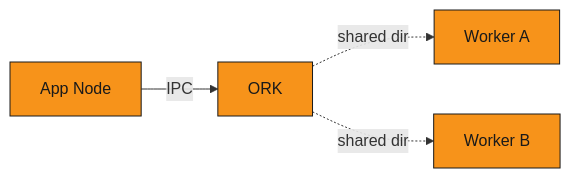
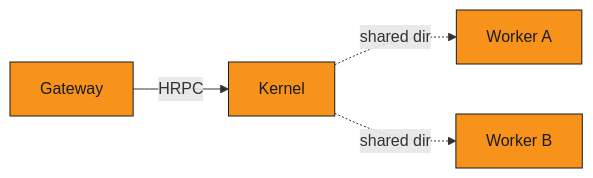
One commit to tetherto/mdk changed the second of 3 diagrams in docs/concepts/deployment-topologies.md. Above: the diagram before and after it, drawn with Mermaid. The commit also changed other lines of this file and 4406 other files, not shown here.

````diff
--- a/docs/concepts/deployment-topologies.md
+++ b/docs/concepts/deployment-topologies.md
@@ -47,7 +47,7 @@
 ```mermaid
 flowchart LR
   classDef mdk fill:#F7931A,stroke:#1A1A1A,color:#1A1A1A
-  lApp["App Node"]:::mdk -->|"IPC"| lOrk["ORK"]:::mdk
-  lOrk -.->|"shared dir"| lW1["Worker A"]:::mdk
-  lOrk -.->|"shared dir"| lW2["Worker B"]:::mdk
+  lApp["Gateway"]:::mdk -->|"HRPC"| lKernel["Kernel"]:::mdk
+  lKernel -.->|"shared dir"| lW1["Worker A"]:::mdk
+  lKernel -.->|"shared dir"| lW2["Worker B"]:::mdk
 ```
````
